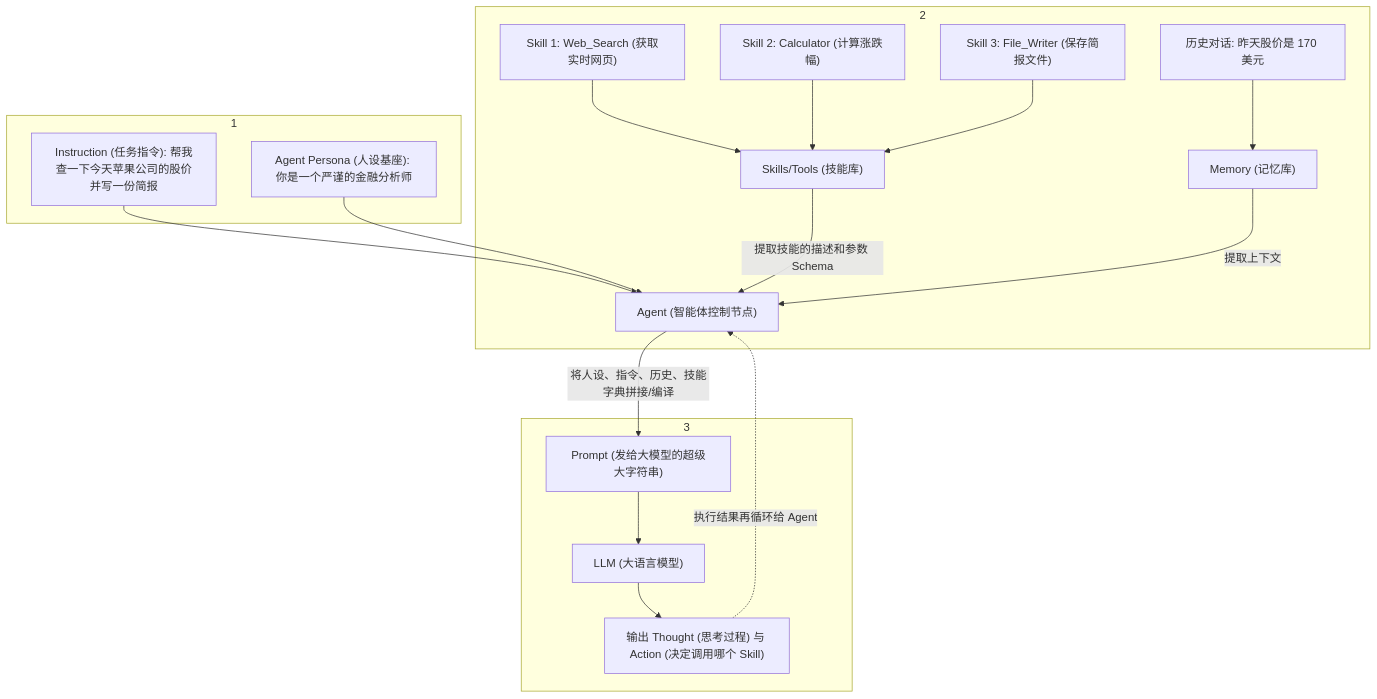
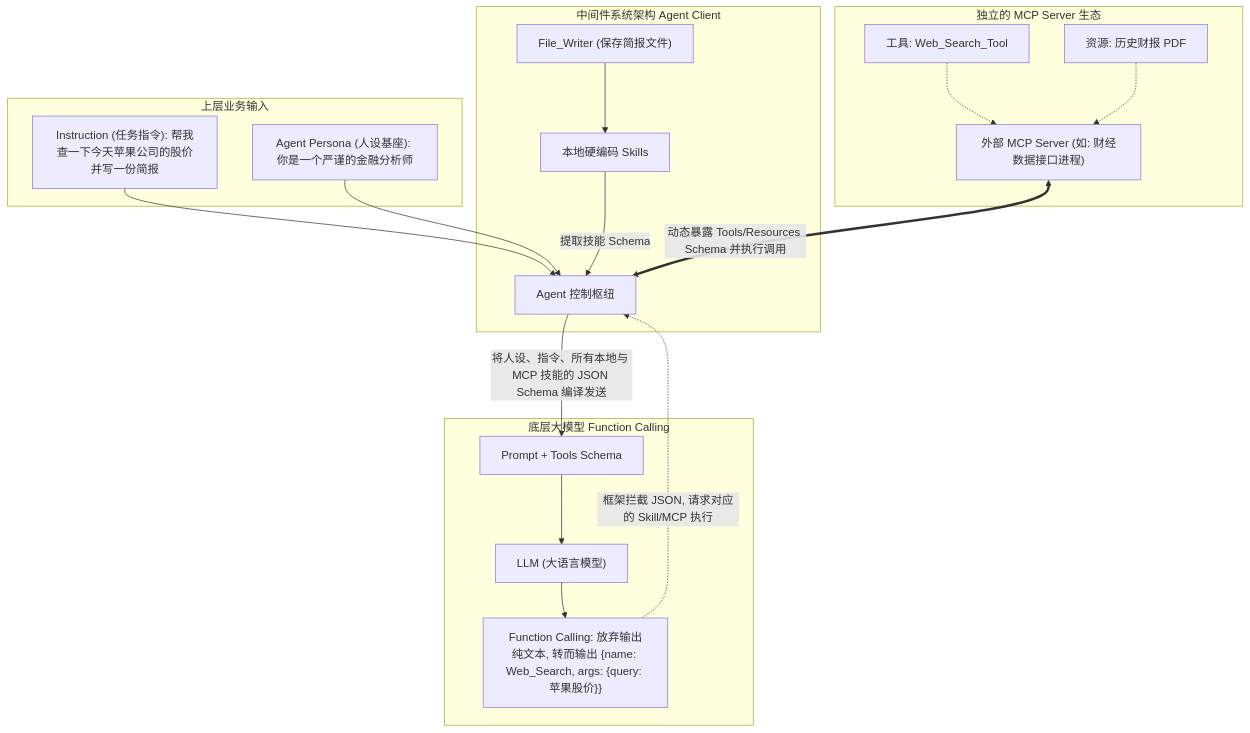
The diagram in learn_path/03_1_Agent_Core_Concepts_and_Relationships.md (thisisjayden/ai-learning), drawn with Mermaid before and after one commit. The commit also changed other lines of this file and 1 other file, not shown here.

Commit message:
docs: enrich module 3 with explicit Function Calling mechanism and MCP protocol architecture integration

````diff
--- a/learn_path/03_1_Agent_Core_Concepts_and_Relationships.md
+++ b/learn_path/03_1_Agent_Core_Concepts_and_Relationships.md
@@ -49,33 +82,33 @@
 ```mermaid
 graph TD
-    subgraph 1 [1]
+    subgraph S_GEN_1 [上层业务输入]
         A["Instruction (任务指令): 帮我查一下今天苹果公司的股价并写一份简报"]
         B["Agent Persona (人设基座): 你是一个严谨的金融分析师"]
     end
 
-    subgraph 2 [2]
-        C["Agent (智能体控制节点)"]
+    subgraph S_GEN_2 [中间件系统架构 Agent Client]
+        C["Agent 控制枢纽"]
         
         A --> C
         B --> C
         
-        D["Skills/Tools (技能库)"]
-        D1["Skill 1: Web_Search (获取实时网页)"] --> D
-        D2["Skill 2: Calculator (计算涨跌幅)"] --> D
-        D3["Skill 3: File_Writer (保存简报文件)"] --> D
-        
-        D -->|提取技能的描述和参数 Schema| C
-        
-        E["Memory (记忆库)"]
-        E1["历史对话: 昨天股价是 170 美元"] --> E
-        
-        E -->|提取上下文| C
+        D["本地硬编码 Skills"]
+        D1["File_Writer (保存简报文件)"] --> D
+        D -->|提取技能 Schema| C
     end
 
-    subgraph 3 [3]
-        C -->|将人设、指令、历史、技能字典拼接/编译| F["Prompt (发给大模型的超级大字符串)"]
+    subgraph S_GEN_3 [独立的 MCP Server 生态]
+        E["外部 MCP Server (如: 财经数据接口进程)"]
+        E1["工具: Web_Search_Tool"] -.-> E
+        E2["资源: 历史财报 PDF"] -.-> E
+        
+        E <== "动态暴露 Tools/Resources Schema 并执行调用" ==> C
+    end
+
+    subgraph S_GEN_4 [底层大模型 Function Calling]
+        C -->|将人设、指令、所有本地与 MCP 技能的 JSON Schema 编译发送| F["Prompt + Tools Schema"]
         F --> G["LLM (大语言模型)"]
-        G --> H["输出 Thought (思考过程) 与 Action (决定调用哪个 Skill)"]
-        H -. "执行结果再循环给 Agent" .-> C
+        G --> H["Function Calling: 放弃输出纯文本, 转而输出 {name: Web_Search, args: {query: 苹果股价}}"]
+        H -. "框架拦截 JSON, 请求对应的 Skill/MCP 执行" .-> C
     end
 ```
````
